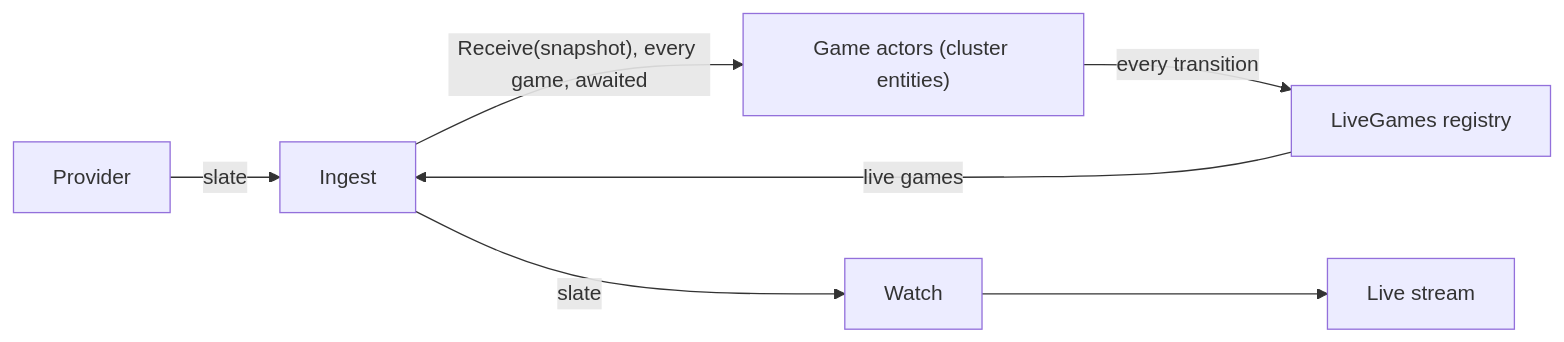
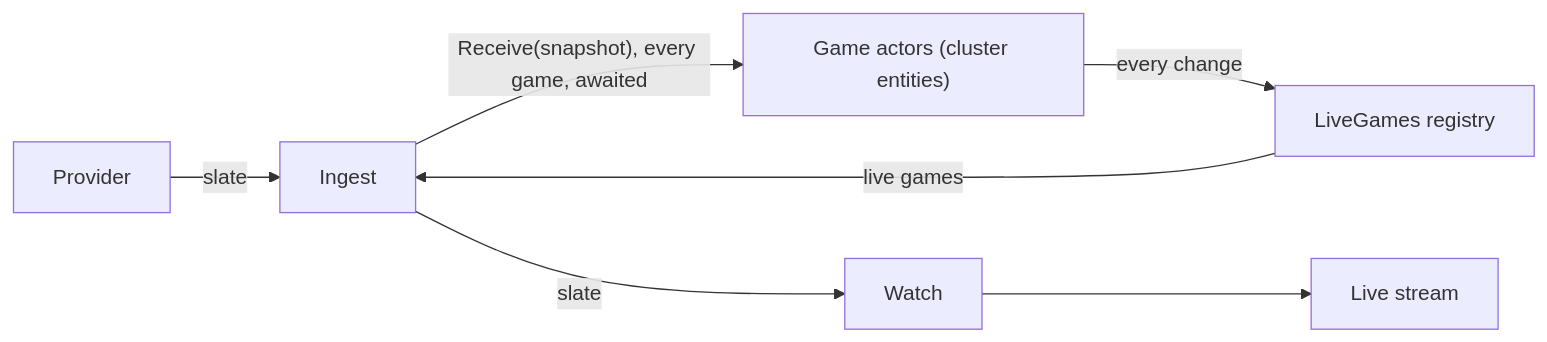
Before and after one commit to Chazzychouse/sportal: the diagram in docs/specs/2026-10-04-game-actors-design.md, drawn with Mermaid. The commit also changed other lines of this file and 3 other files, not shown here.

````diff
--- a/docs/specs/2026-10-04-game-actors-design.md
+++ b/docs/specs/2026-10-04-game-actors-design.md
@@ -55,8 +56,8 @@
 ```mermaid
 flowchart LR
   prov[Provider] -- slate --> ingest[Ingest]
   ingest -- "Receive(snapshot), every game, awaited" --> ga["Game actors (cluster entities)"]
-  ga -- every transition --> lg[LiveGames registry]
+  ga -- every change --> lg[LiveGames registry]
   lg -- live games --> ingest
   ingest -- slate --> watch[Watch] --> api[Live stream]
 ```
````
